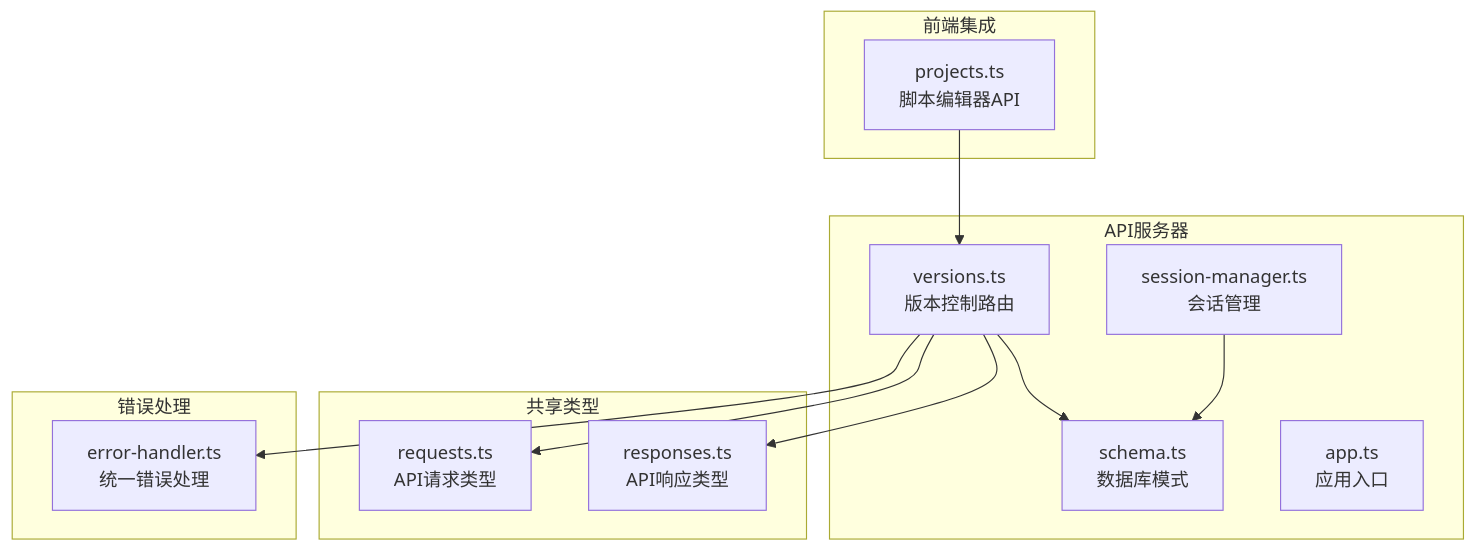
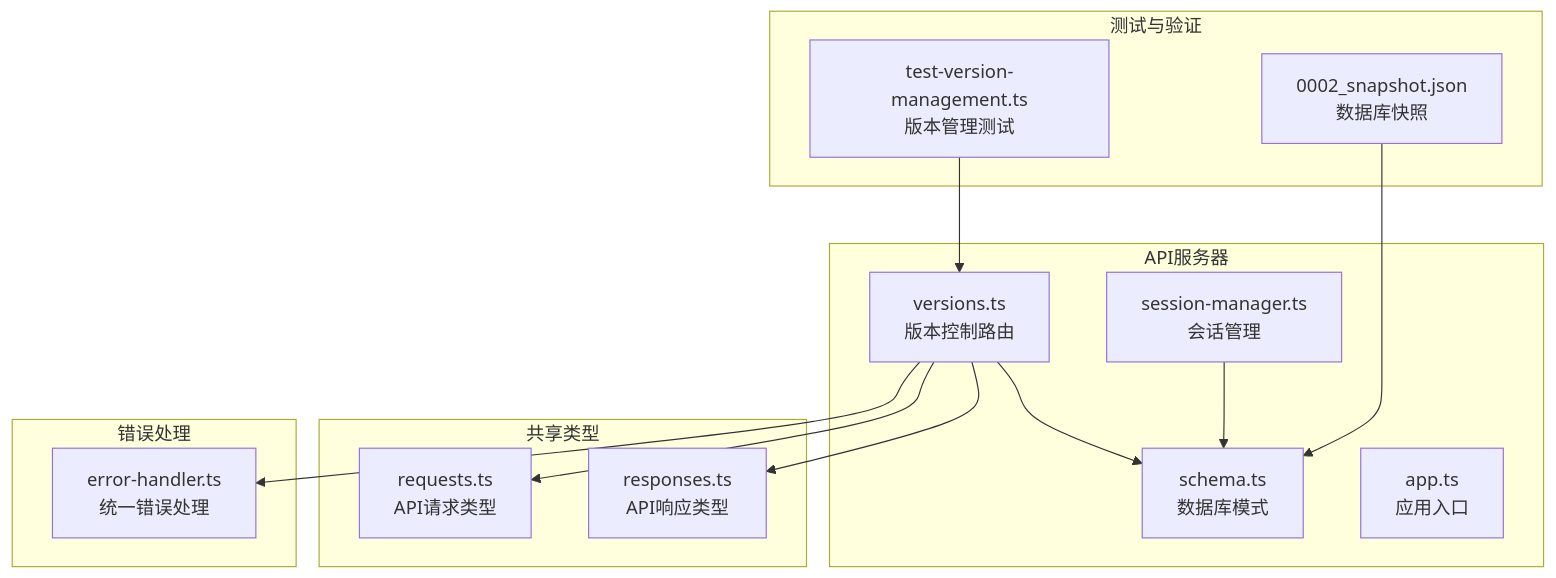
One commit to EverettCamus/HeartRule-Qoder changed the first of 6 diagrams in .qoder/repowiki/zh/content/API接口文档/版本控制API.md. Above: the diagram before and after it, drawn with Mermaid. The commit also changed other lines of this file and 40 other files, not shown here.

````diff
--- a/.qoder/repowiki/zh/content/API接口文档/版本控制API.md
+++ b/.qoder/repowiki/zh/content/API接口文档/版本控制API.md
@@ -38,25 +39,27 @@
 ```mermaid
 graph TB
 subgraph "API服务器"
 A[versions.ts<br/>版本控制路由]
 B[schema.ts<br/>数据库模式]
 C[app.ts<br/>应用入口]
 D[session-manager.ts<br/>会话管理]
 end
 subgraph "共享类型"
 E[responses.ts<br/>API响应类型]
 F[requests.ts<br/>API请求类型]
 end
 subgraph "错误处理"
 G[error-handler.ts<br/>统一错误处理]
 end
-subgraph "前端集成"
-H[projects.ts<br/>脚本编辑器API]
+subgraph "测试与验证"
+H[test-version-management.ts<br/>版本管理测试]
+I[0002_snapshot.json<br/>数据库快照]
 end
 A --> B
 A --> E
 A --> F
 A --> G
 D --> B
 H --> A
+I --> B
 ```
````
